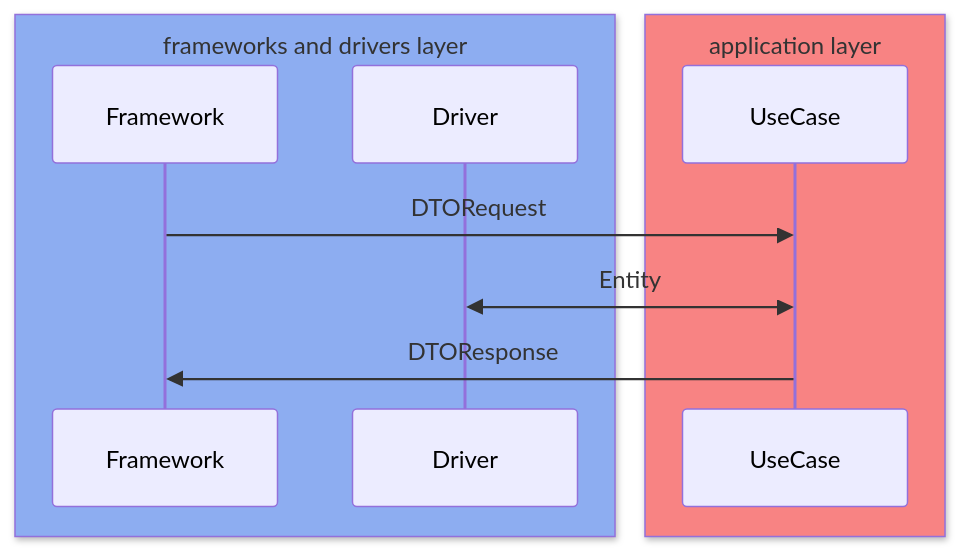
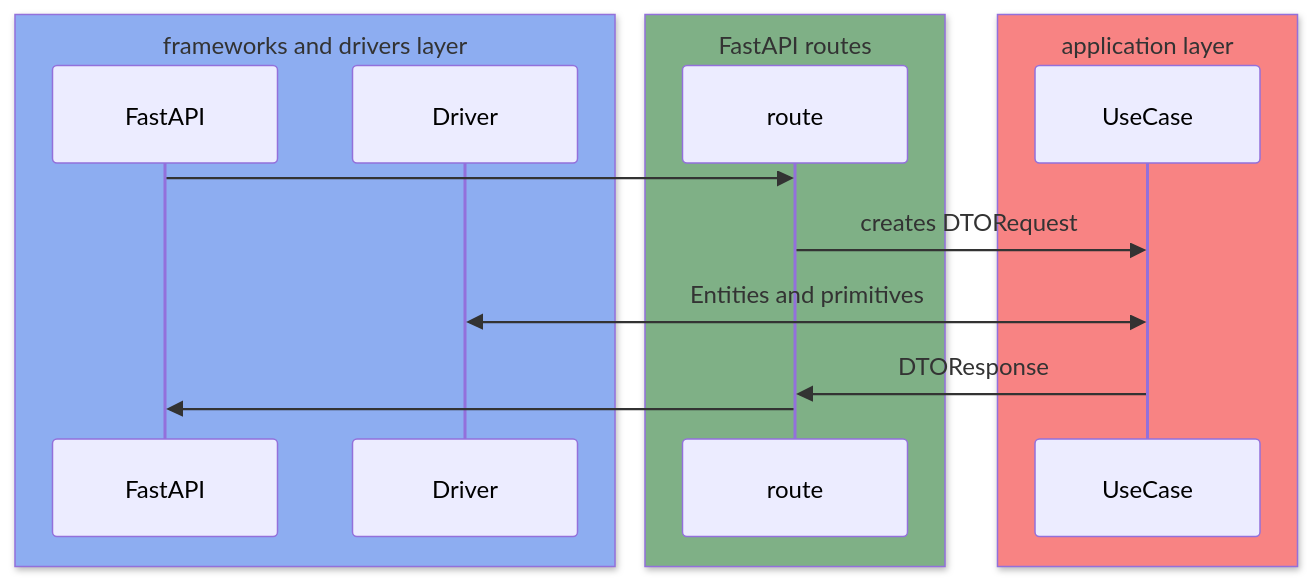
The third of 4 diagrams in README.md (josueelias9/improving-BCP-organizate), drawn with Mermaid before and after one commit. The commit also changed other lines of this file and 4 other files, not shown here.

````diff
--- a/README.md
+++ b/README.md
@@ -117,14 +125,22 @@
 ```mermaid
 sequenceDiagram
     box rgb(141, 173, 241) frameworks and drivers layer
-    participant Framework
+    participant FastAPI
     participant Driver
     end
+
+    box rgb(127, 176, 134) FastAPI routes
+    participant route
+    end
+
     box rgb(248, 131, 131) application layer
     participant UseCase
     end
-    Framework->>UseCase: DTORequest
-    Driver<<->>UseCase: Entity
-    UseCase->>Framework: DTOResponse
+    
+    FastAPI->>route: 
+    route->>UseCase: creates DTORequest
+    Driver<<->>UseCase: Entities and primitives
+    UseCase->>route: DTOResponse
+    route->>FastAPI: 
 
 ```
````
